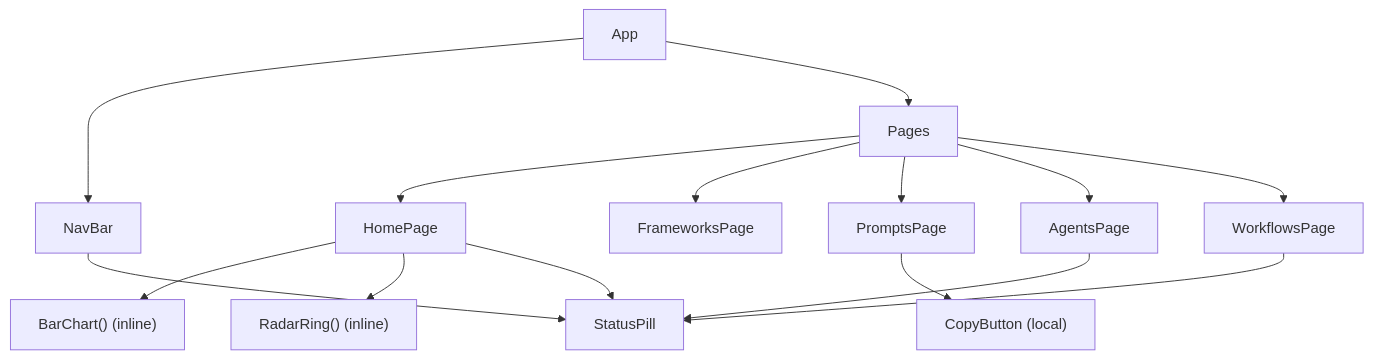
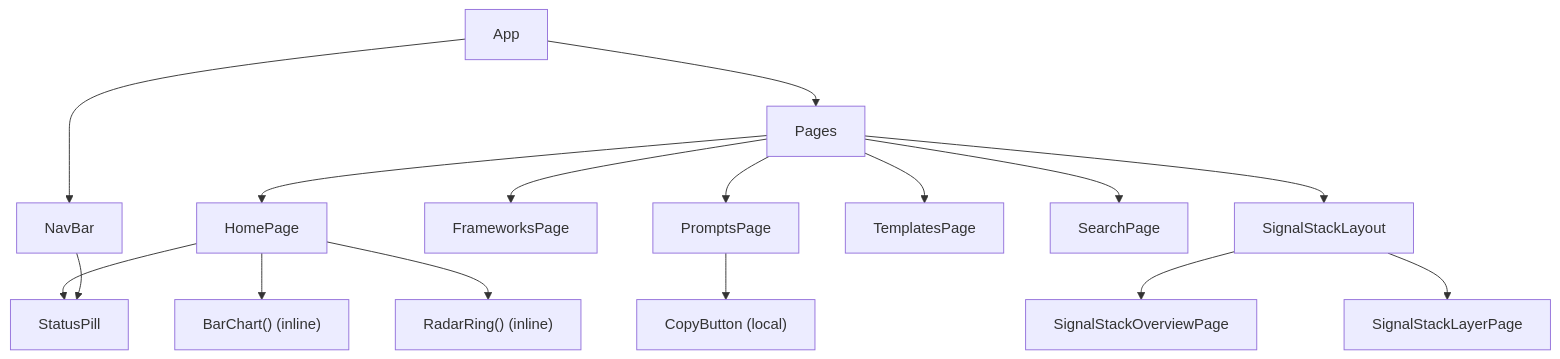
The second of 2 diagrams in .github/architecture.md (invisible-signals/invisible-signals), drawn with Mermaid before and after one commit. The commit also changed other lines of this file and 14 other files, not shown here.

Commit message:
feat: update architecture and documentation for new routing and active pages; activate draft frameworks and prompts

````diff
--- a/.github/architecture.md
+++ b/.github/architecture.md
@@ -112,18 +119,19 @@
 ```mermaid
 graph TD
     App --> NavBar
     App --> Pages
     Pages --> HomePage
     Pages --> FrameworksPage
     Pages --> PromptsPage
-    Pages --> AgentsPage
-    Pages --> WorkflowsPage
+    Pages --> TemplatesPage
+    Pages --> SearchPage
+    Pages --> SignalStackLayout
+    SignalStackLayout --> SignalStackOverviewPage
+    SignalStackLayout --> SignalStackLayerPage
 
     PromptsPage --> CopyButton["CopyButton (local)"]
     HomePage --> BarChart["BarChart() (inline)"]
     HomePage --> RadarRing["RadarRing() (inline)"]
     HomePage --> StatusPill
-    AgentsPage --> StatusPill
-    WorkflowsPage --> StatusPill
     NavBar --> StatusPill
 ```
````
